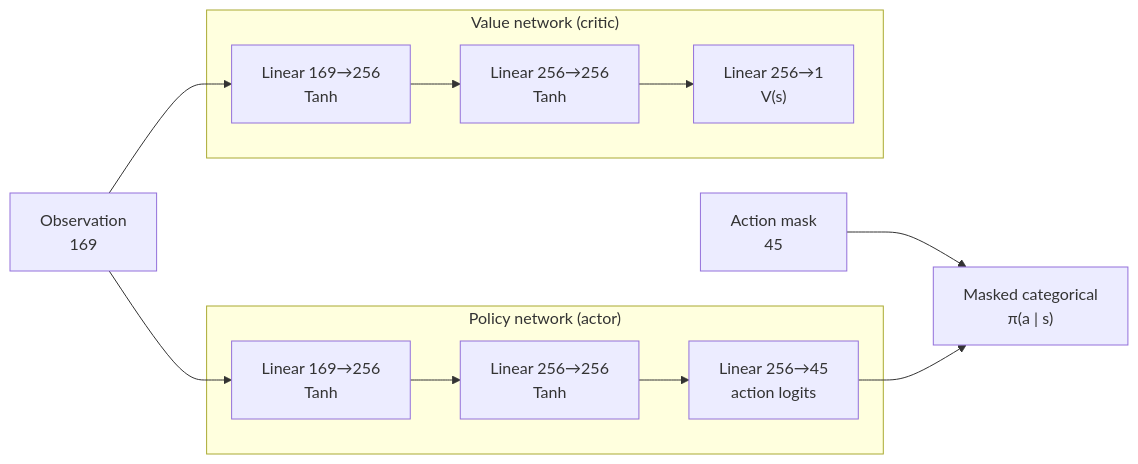
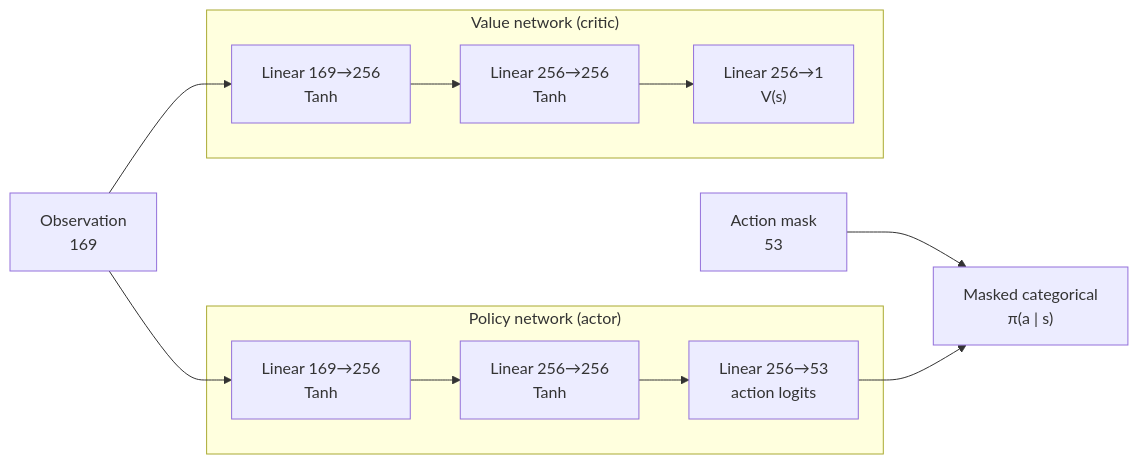
Before and after one commit to Naris404/clash_royale_rl_agent: the diagram in docs/rl-agent.md, drawn with Mermaid. The commit also changed other lines of this file and 14 other files, not shown here.

````diff
--- a/docs/rl-agent.md
+++ b/docs/rl-agent.md
@@ -266,13 +278,13 @@
 ```mermaid
 flowchart LR
     obs["Observation<br/>169"] --> p1["Linear 169→256<br/>Tanh"]
     obs --> v1["Linear 169→256<br/>Tanh"]
     subgraph policy["Policy network (actor)"]
-        p1 --> p2["Linear 256→256<br/>Tanh"] --> logits["Linear 256→45<br/>action logits"]
+        p1 --> p2["Linear 256→256<br/>Tanh"] --> logits["Linear 256→53<br/>action logits"]
     end
     subgraph value["Value network (critic)"]
         v1 --> v2["Linear 256→256<br/>Tanh"] --> val["Linear 256→1<br/>V(s)"]
     end
-    mask["Action mask<br/>45"] --> dist
+    mask["Action mask<br/>53"] --> dist
     logits --> dist["Masked categorical<br/>π(a | s)"]
 ```
````
